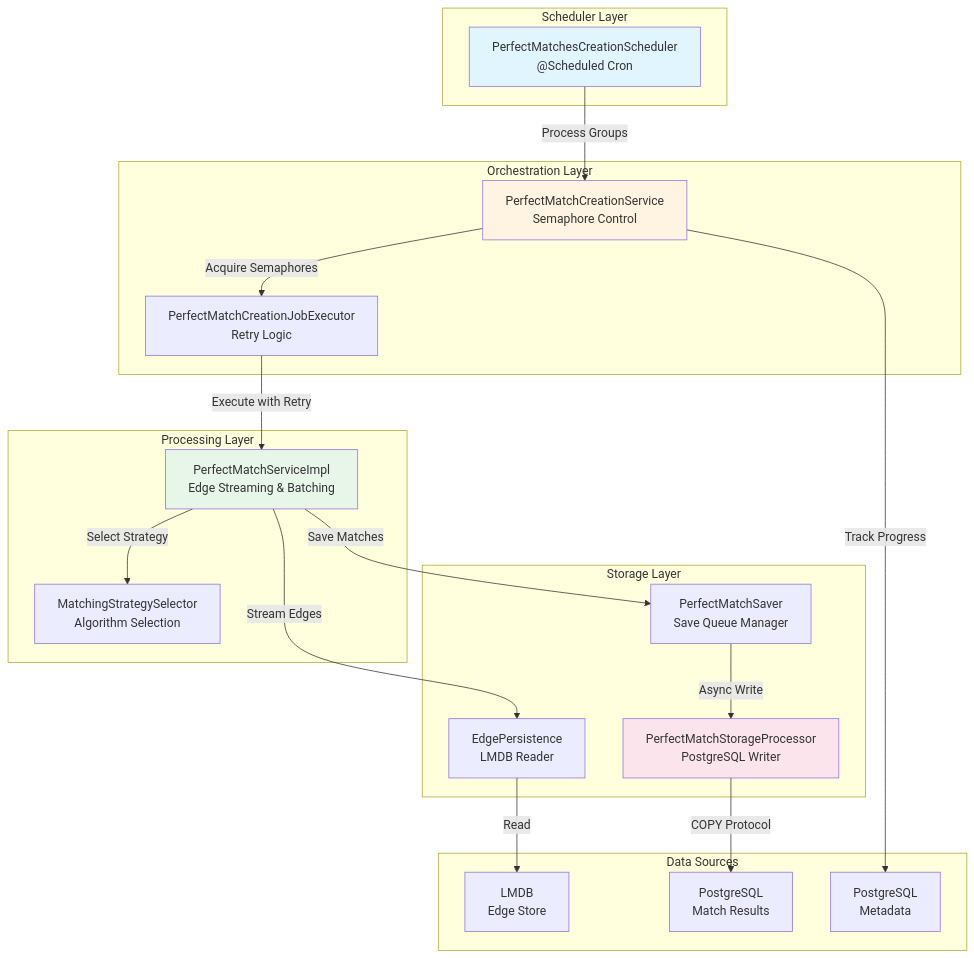
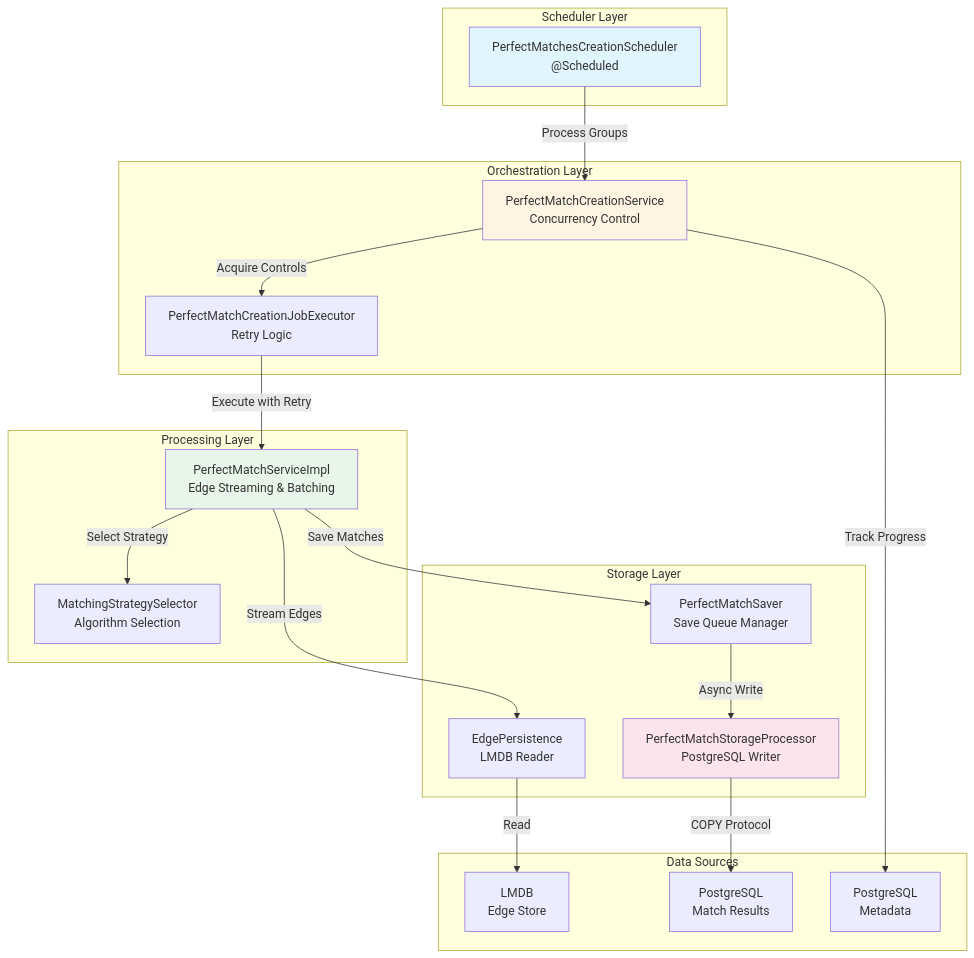
The first of 20 diagrams in docs/Low Level Designs/ScheduledPerfectMatchesCreation.md (kagit00/schedule_x), drawn with Mermaid before and after one commit. The commit also changed other lines of this file and 7 other files, not shown here.

````diff
--- a/docs/Low Level Designs/ScheduledPerfectMatchesCreation.md
+++ b/docs/Low Level Designs/ScheduledPerfectMatchesCreation.md
@@ -34,46 +42,46 @@
 ```mermaid
 graph TB
     subgraph "Scheduler Layer"
-        SCH["PerfectMatchesCreationScheduler<br/>@Scheduled Cron"]
+        SCH["PerfectMatchesCreationScheduler<br/>@Scheduled"]
     end
 
     subgraph "Orchestration Layer"
-        SVC["PerfectMatchCreationService<br/>Semaphore Control"]
+        SVC["PerfectMatchCreationService<br/>Concurrency Control"]
         EXE["PerfectMatchCreationJobExecutor<br/>Retry Logic"]
     end
 
     subgraph "Processing Layer"
         IMPL["PerfectMatchServiceImpl<br/>Edge Streaming & Batching"]
         STRAT["MatchingStrategySelector<br/>Algorithm Selection"]
     end
 
     subgraph "Storage Layer"
         EDGE["EdgePersistence<br/>LMDB Reader"]
         SAVER["PerfectMatchSaver<br/>Save Queue Manager"]
         STORE["PerfectMatchStorageProcessor<br/>PostgreSQL Writer"]
     end
 
     subgraph "Data Sources"
         LMDB["LMDB<br/>Edge Store"]
         PG["PostgreSQL<br/>Match Results"]
         META["PostgreSQL<br/>Metadata"]
     end
 
     SCH -->|Process Groups| SVC
-    SVC -->|Acquire Semaphores| EXE
+    SVC -->|Acquire Controls| EXE
     EXE -->|Execute with Retry| IMPL
     IMPL -->|Select Strategy| STRAT
     IMPL -->|Stream Edges| EDGE
     IMPL -->|Save Matches| SAVER
     SAVER -->|Async Write| STORE
 
     EDGE -->|Read| LMDB
     STORE -->|COPY Protocol| PG
     SVC -->|Track Progress| META
 
     style SCH fill:#e1f5ff
     style SVC fill:#fff4e1
     style IMPL fill:#e8f5e9
     style STORE fill:#fce4ec
 
 ```
````
